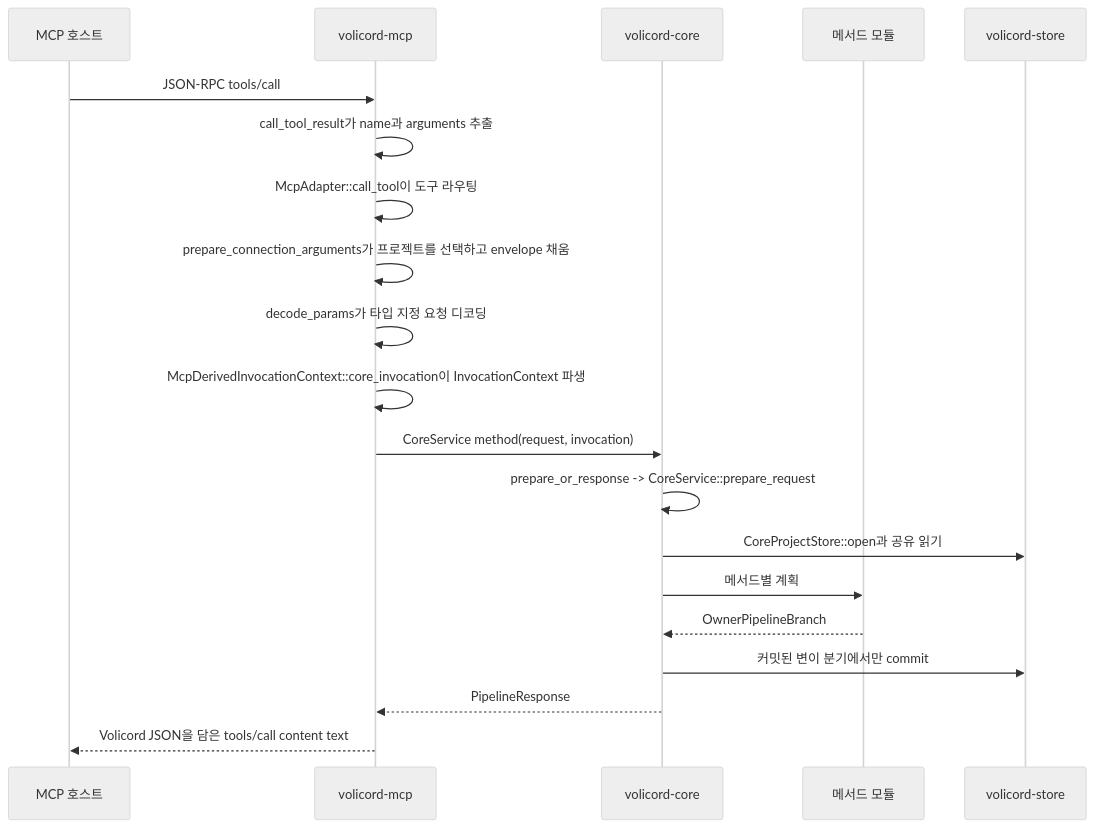
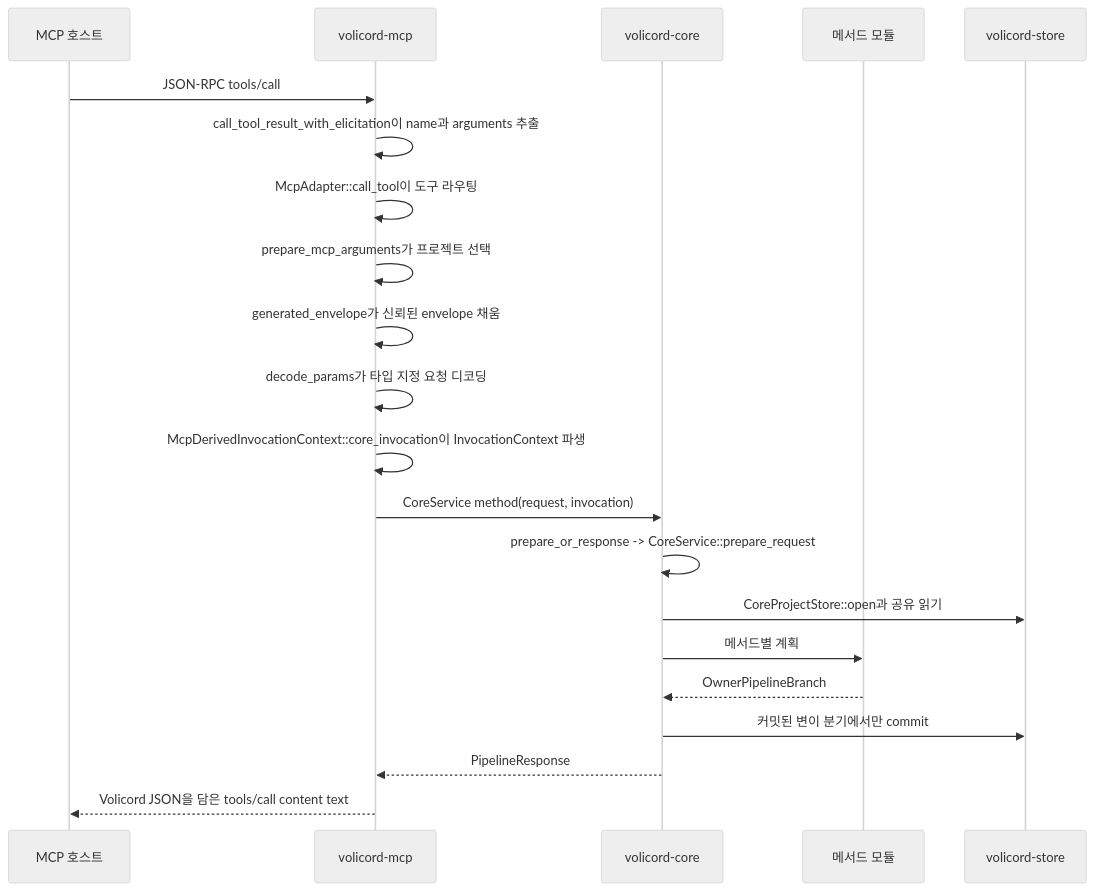
The diagram in docs/ko/development/request-lifecycle.md (minjungw00/Volicord), drawn with Mermaid (neutral theme) before and after one commit. The commit also changed other lines of this file and 32 other files, not shown here.

````diff
--- a/docs/ko/development/request-lifecycle.md
+++ b/docs/ko/development/request-lifecycle.md
@@ -23,23 +23,24 @@
 ```mermaid
 sequenceDiagram
   participant Host as MCP 호스트
   participant MCP as volicord-mcp
   participant Core as volicord-core
   participant Method as 메서드 모듈
   participant Store as volicord-store
 
   Host->>MCP: JSON-RPC tools/call
-  MCP->>MCP: call_tool_result가 name과 arguments 추출
+  MCP->>MCP: call_tool_result_with_elicitation이 name과 arguments 추출
   MCP->>MCP: McpAdapter::call_tool이 도구 라우팅
-  MCP->>MCP: prepare_connection_arguments가 프로젝트를 선택하고 envelope 채움
+  MCP->>MCP: prepare_mcp_arguments가 프로젝트 선택
+  MCP->>MCP: generated_envelope가 신뢰된 envelope 채움
   MCP->>MCP: decode_params가 타입 지정 요청 디코딩
   MCP->>MCP: McpDerivedInvocationContext::core_invocation이 InvocationContext 파생
   MCP->>Core: CoreService method(request, invocation)
   Core->>Core: prepare_or_response -> CoreService::prepare_request
   Core->>Store: CoreProjectStore::open과 공유 읽기
   Core->>Method: 메서드별 계획
   Method-->>Core: OwnerPipelineBranch
   Core->>Store: 커밋된 변이 분기에서만 commit
   Core-->>MCP: PipelineResponse
   MCP-->>Host: Volicord JSON을 담은 tools/call content text
 ```
````
